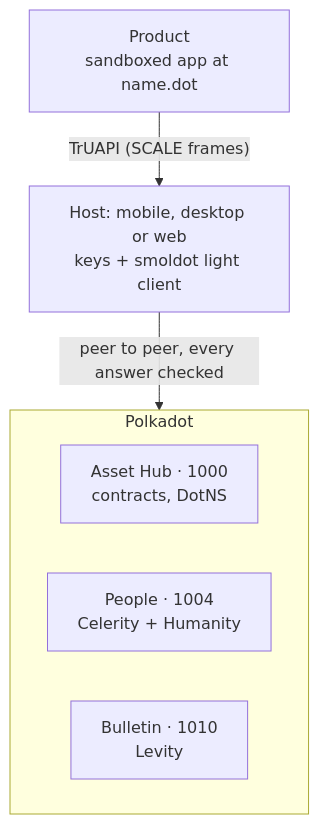
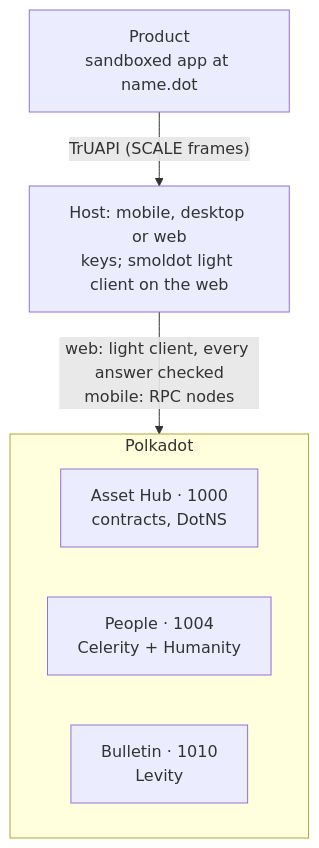
Before and after one commit to dhirajs0/polkadot-assemble: the diagram in README.md, drawn with Mermaid. The commit also changed other lines of this file and 2 other files, not shown here.

Commit message:
Fix review findings: scope gateway and light-client claims, name Trinity on the cover, rebuild the PDF

````diff
--- a/README.md
+++ b/README.md
@@ -25,10 +26,10 @@
 ```mermaid
 flowchart TB
-    P["Product<br/>sandboxed app at name.dot"] -->|"TrUAPI (SCALE frames)"| H["Host: mobile, desktop or web<br/>keys + smoldot light client"]
-    H -->|"peer to peer, every answer checked"| N
+    P["Product<br/>sandboxed app at name.dot"] -->|"TrUAPI (SCALE frames)"| H["Host: mobile, desktop or web<br/>keys; smoldot light client on the web"]
+    H -->|"web: light client, every answer checked<br/>mobile: RPC nodes"| N
     subgraph N["Polkadot"]
         AH["Asset Hub · 1000<br/>contracts, DotNS"]
         PE["People · 1004<br/>Celerity + Humanity"]
         BU["Bulletin · 1010<br/>Levity"]
     end
 ```
````
